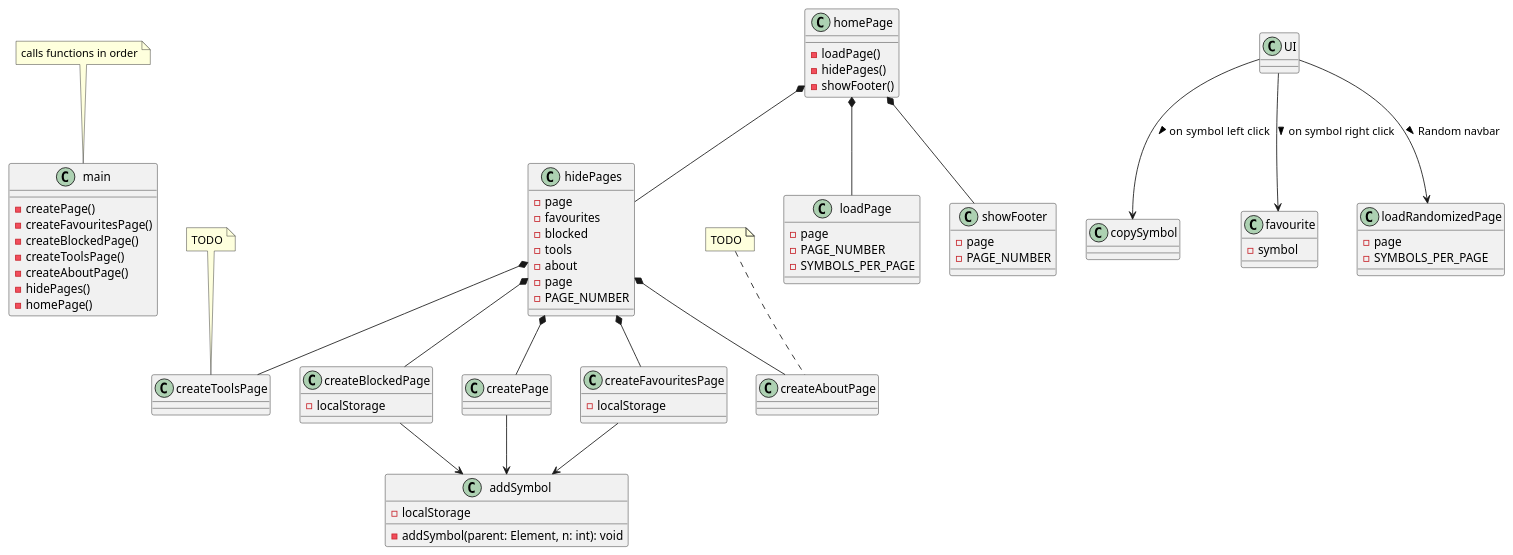
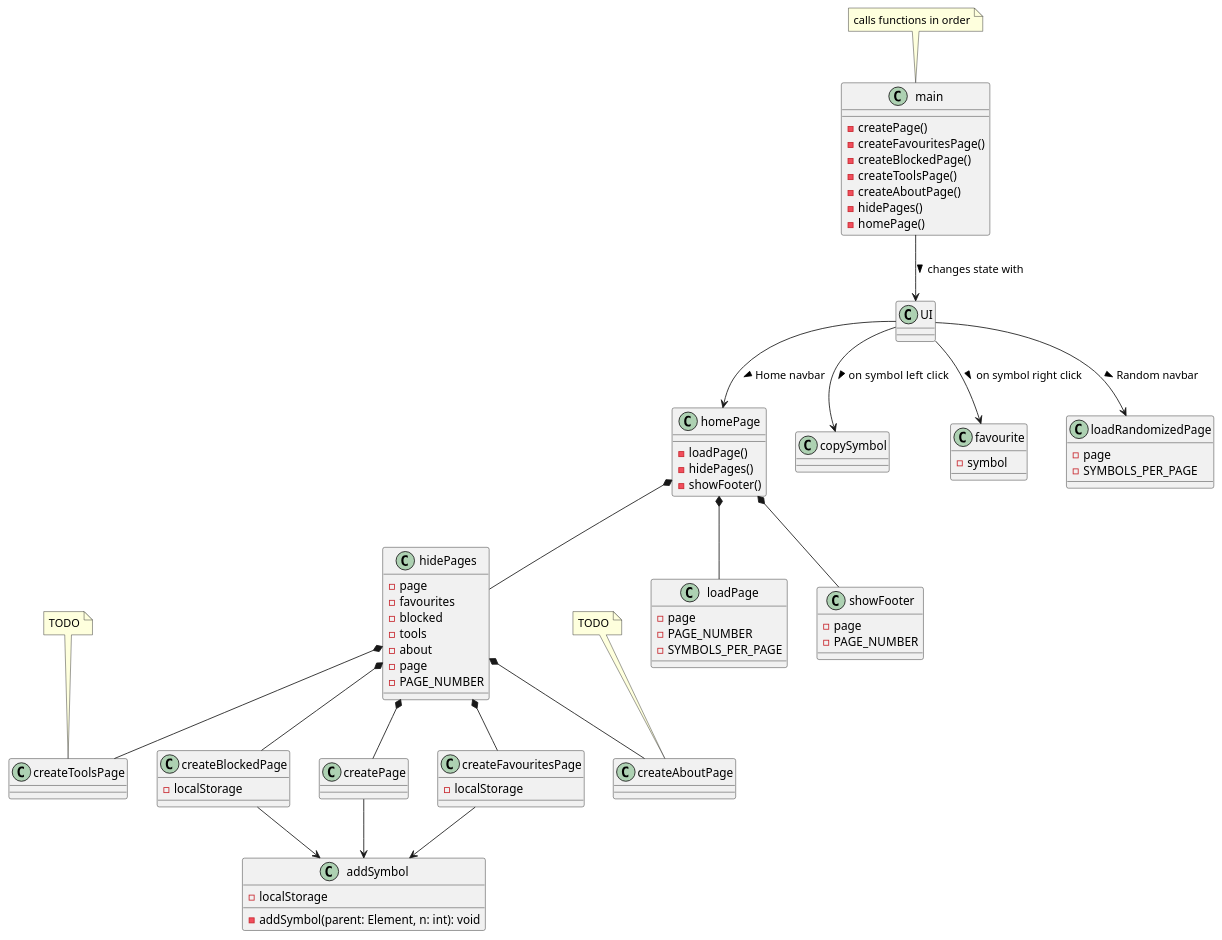
The diagram in architecture.puml (ChrisStewart132/ASCII-website), drawn with PlantUML before and after one commit. The commit also changed 1 other file, not shown here.

```diff
--- a/architecture.puml
+++ b/architecture.puml
@@ -1,97 +1,98 @@
 @startuml
 
 class main{
     -createPage()
     -createFavouritesPage()
     -createBlockedPage()
     -createToolsPage()
     -createAboutPage()
     -hidePages()
     -homePage()
 }
 note top: calls functions in order
 
 class    createPage{
 }
 
 class    createFavouritesPage{
 -localStorage
 }
 
 class    createBlockedPage{
 -localStorage
 }
 
 class    createToolsPage{}
 note top: TODO
 
 class    createAboutPage{}
 note top: TODO
 
 class addSymbol{
 -localStorage
 -addSymbol(parent: Element, n: int): void
 }
 
 class    hidePages{
 -page
 -favourites
 -blocked
 -tools
 -about
 }
 
 class    homePage{
 -loadPage()
 -hidePages()
 -showFooter()
 }
 
 class loadPage{
 -page
 -PAGE_NUMBER
 -SYMBOLS_PER_PAGE
 }
 
 class hidePages{
 -page
 -PAGE_NUMBER
 }
 
 class showFooter{
 -page
 -PAGE_NUMBER
 }
 
 class UI{
 
 }
 
 class copySymbol{}
 class favourite {
 -symbol
 }
 class loadRandomizedPage{
 -page
 -SYMBOLS_PER_PAGE
 }
 UI --> favourite : on symbol right click >
 UI --> copySymbol : on  symbol left click >  
 UI --> loadRandomizedPage : Random navbar > 
-
+UI --> homePage : Home navbar > 
+main --> UI : changes state with > 
 
 createPage --> addSymbol
 createFavouritesPage --> addSymbol
 createBlockedPage --> addSymbol
 
 hidePages *-- createPage
 hidePages *-- createFavouritesPage
 hidePages *-- createBlockedPage
 hidePages *-- createToolsPage
 hidePages *-- createAboutPage
 
 homePage *-- loadPage
 homePage *-- hidePages
 homePage *-- showFooter
 
 @enduml
```
